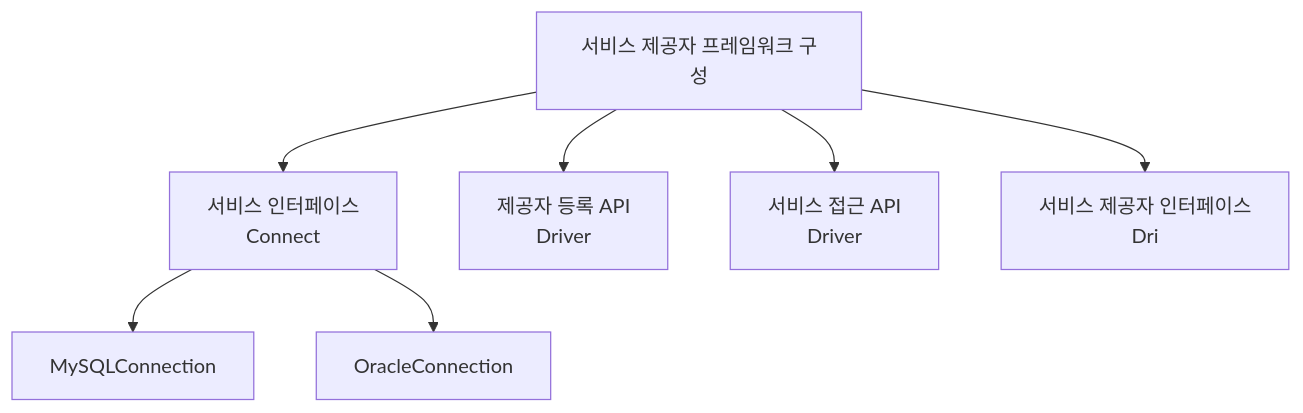
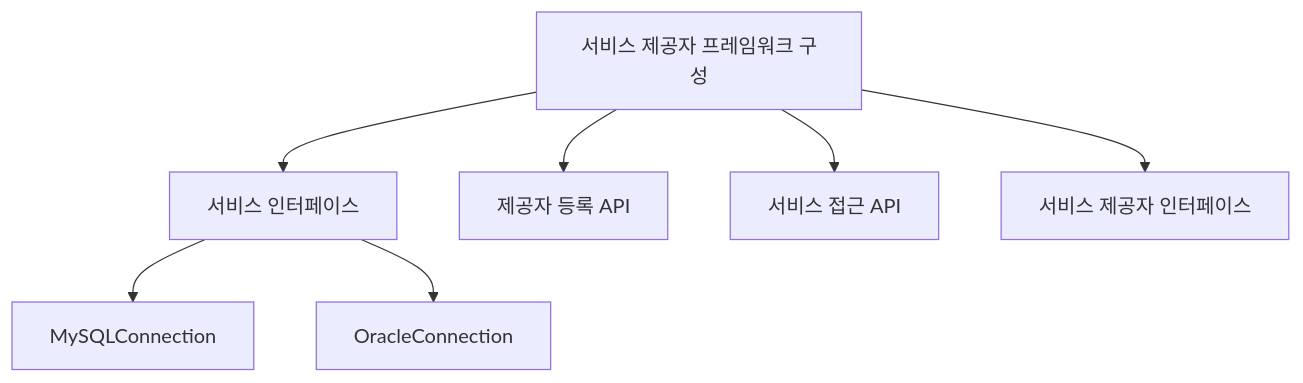
One commit to yjkim2015/yjkim2015.github.io changed the second of 3 diagrams in _posts/java/2021-12-13-effective-java1.md. Above: the diagram before and after it, drawn with Mermaid. The commit also changed 217 other files, not shown here.

First line of the commit message:
Mermaid 크기 수정: useMaxWidth:true + SVG max-width:100% + 라벨 축소

````diff
--- a/_posts/java/2021-12-13-effective-java1.md
+++ b/_posts/java/2021-12-13-effective-java1.md
@@ -157,9 +157,9 @@
 ```mermaid
 graph TD
-    A["서비스 제공자 프레임워크 구성"] --> B["서비스 인터페이스\nConnect"]
-    A --> C["제공자 등록 API\nDriver"]
-    A --> D["서비스 접근 API\nDriver"]
-    A --> E["서비스 제공자 인터페이스\nDri"]
+    A["서비스 제공자 프레임워크 구성"] --> B["서비스 인터페이스"]
+    A --> C["제공자 등록 API"]
+    A --> D["서비스 접근 API"]
+    A --> E["서비스 제공자 인터페이스"]
     B --> F["MySQLConnection"]
     B --> G["OracleConnection"]
 ```
````
